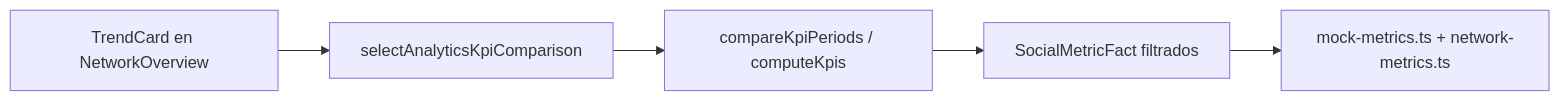
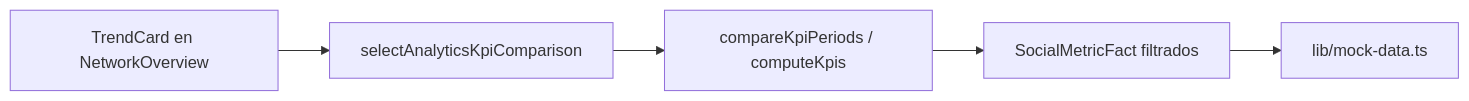
One commit to Torres9429/Bananagram changed the fifth of 8 diagrams in docs/frontend-functional-documentation.md. Above: the diagram before and after it, drawn with Mermaid. The commit also changed other lines of this file, not shown here.

````diff
--- a/docs/frontend-functional-documentation.md
+++ b/docs/frontend-functional-documentation.md
@@ -489,7 +489,7 @@
 ```mermaid
 flowchart LR
     UI["TrendCard en NetworkOverview"] --> Selector["selectAnalyticsKpiComparison"]
     Selector --> Engine["compareKpiPeriods / computeKpis"]
     Engine --> Facts["SocialMetricFact filtrados"]
-    Facts --> Mock["mock-metrics.ts + network-metrics.ts"]
+    Facts --> Mock["lib/mock-data.ts"]
 ```
````
